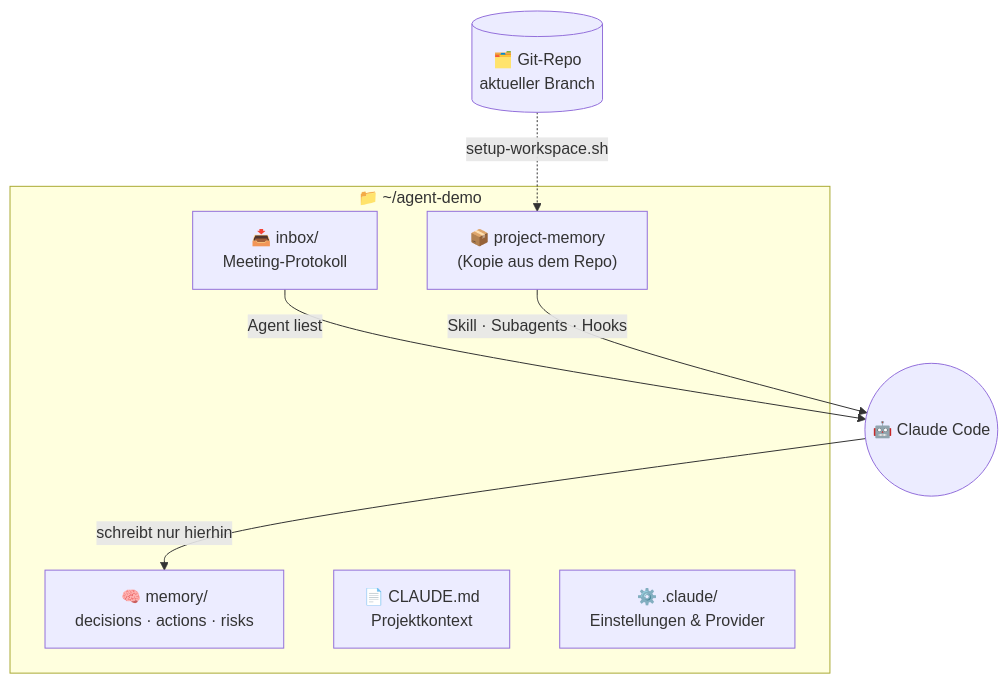
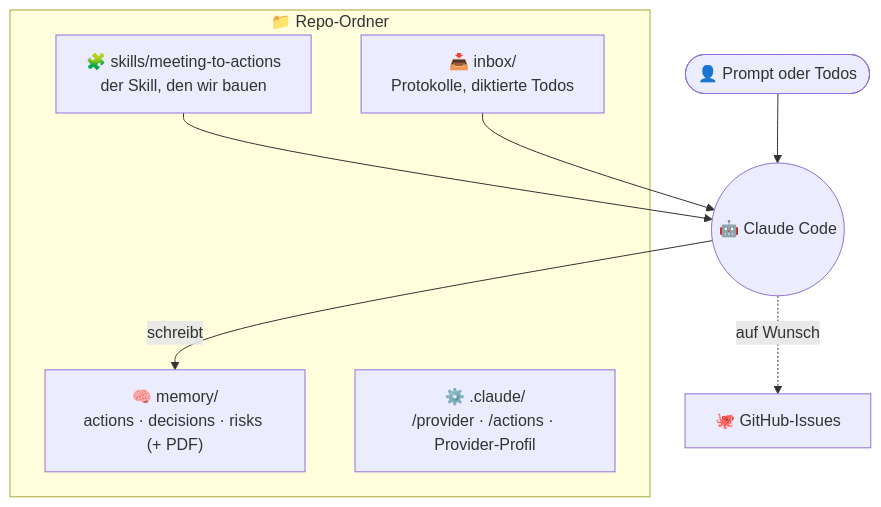
Before and after one commit to a-lottes/Agent-Template: the third of 4 diagrams in docs/demo/00-setup/VISUELL.md, drawn with Mermaid. The commit also changed other lines of this file and 16 other files, not shown here.

Commit message:
Docs consistent with the repo-only flow: rewritten step docs, index, diagrams; old variants moved to docs/demo/archiv

````diff
--- a/docs/demo/00-setup/VISUELL.md
+++ b/docs/demo/00-setup/VISUELL.md
@@ -46,14 +40,14 @@
 ```mermaid
 flowchart TB
-    subgraph WS["📁 ~/agent-demo"]
-        IN["📥 inbox/<br/>Meeting-Protokoll"]
-        MEM["🧠 memory/<br/>decisions · actions · risks"]
-        CM["📄 CLAUDE.md<br/>Projektkontext"]
-        ST["⚙️ .claude/<br/>Einstellungen & Provider"]
-        PL["📦 project-memory<br/>(Kopie aus dem Repo)"]
+    subgraph REPO["📁 Repo-Ordner"]
+        SK["🧩 skills/meeting-to-actions<br/>der Skill, den wir bauen"]
+        IN["📥 inbox/<br/>Protokolle, diktierte Todos"]
+        MEM["🧠 memory/<br/>actions · decisions · risks (+ PDF)"]
+        CFG["⚙️ .claude/<br/>/provider · /actions · Provider-Profil"]
     end
-    REPO[("🗂️ Git-Repo<br/>aktueller Branch")] -.->|setup-workspace.sh| PL
-    IN -->|Agent liest| AG(("🤖 Claude Code"))
-    PL -->|Skill · Subagents · Hooks| AG
-    AG -->|schreibt nur hierhin| MEM
+    U(["👤 Prompt oder Todos"]) --> AG(("🤖 Claude Code"))
+    SK --> AG
+    IN --> AG
+    AG -->|schreibt| MEM
+    AG -.->|auf Wunsch| GH["🐙 GitHub-Issues"]
 ```
````
